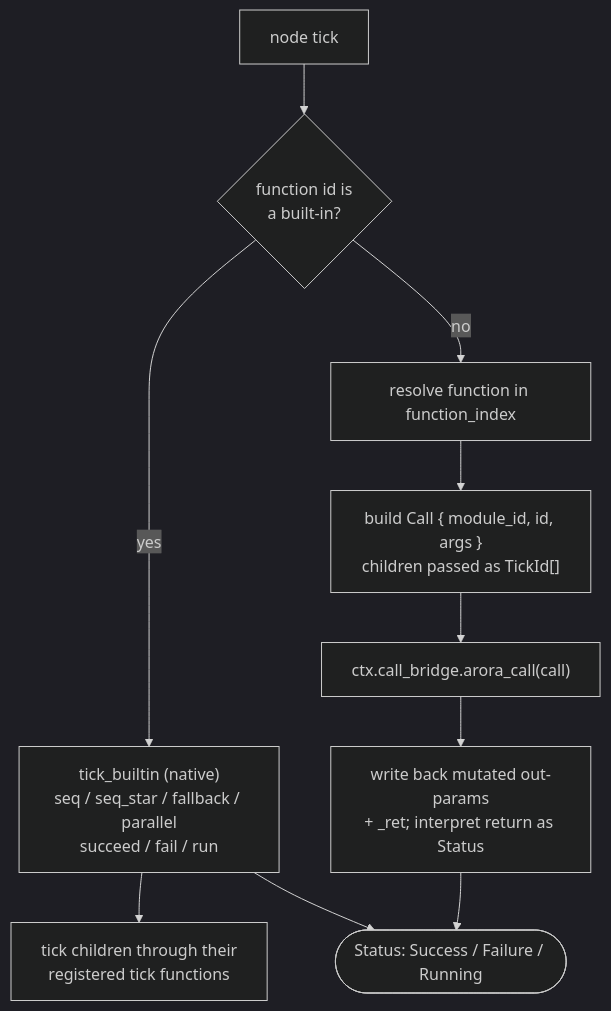
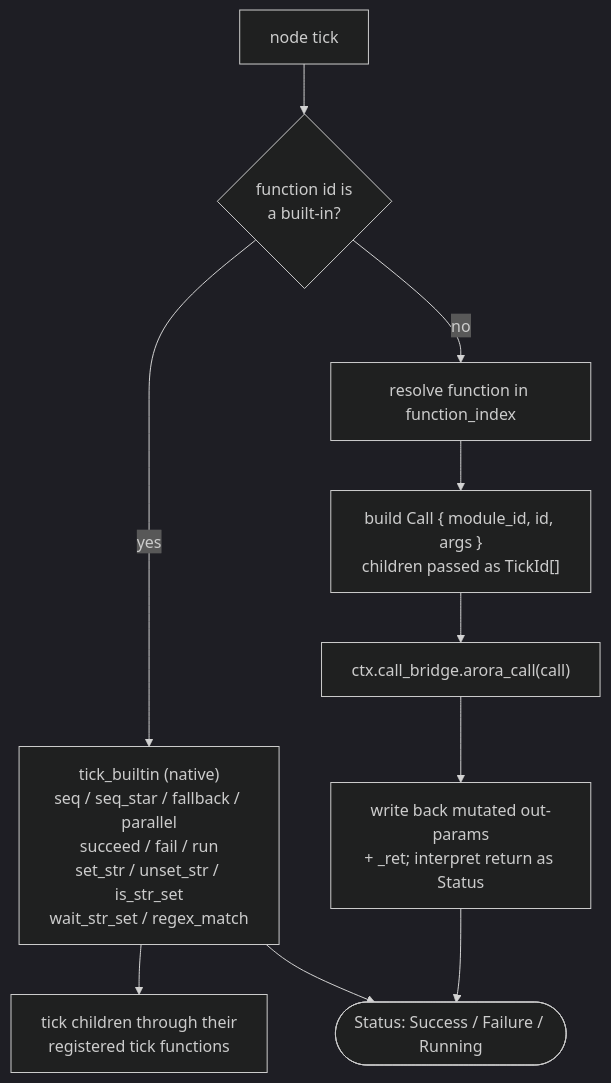
Before and after one commit to semio-ai/arora-sdk: the first of 2 diagrams in crates/arora-behavior-tree/docs/nodes.md, drawn with Mermaid (dark theme). The commit also changed other lines of this file and 16 other files, not shown here.

````diff
--- a/crates/arora-behavior-tree/docs/nodes.md
+++ b/crates/arora-behavior-tree/docs/nodes.md
@@ -41,12 +71,12 @@
 ```mermaid
 flowchart TB
   tick["node tick"] --> builtin{"function id is<br/>a built-in?"}
-  builtin -- yes --> native["tick_builtin (native)<br/>seq / seq_star / fallback / parallel<br/>succeed / fail / run"]
+  builtin -- yes --> native["tick_builtin (native)<br/>seq / seq_star / fallback / parallel<br/>succeed / fail / run<br/>set_str / unset_str / is_str_set<br/>wait_str_set / regex_match"]
   native --> children["tick children through their<br/>registered tick functions"]
   builtin -- no --> resolve["resolve function in function_index"]
   resolve --> buildcall["build Call { module_id, id, args }<br/>children passed as TickId[]"]
   buildcall --> engine["ctx.call_bridge.arora_call(call)"]
   engine --> writeback["write back mutated out-params<br/>+ _ret; interpret return as Status"]
   native --> status(["Status: Success / Failure / Running"])
   writeback --> status
 ```
````
